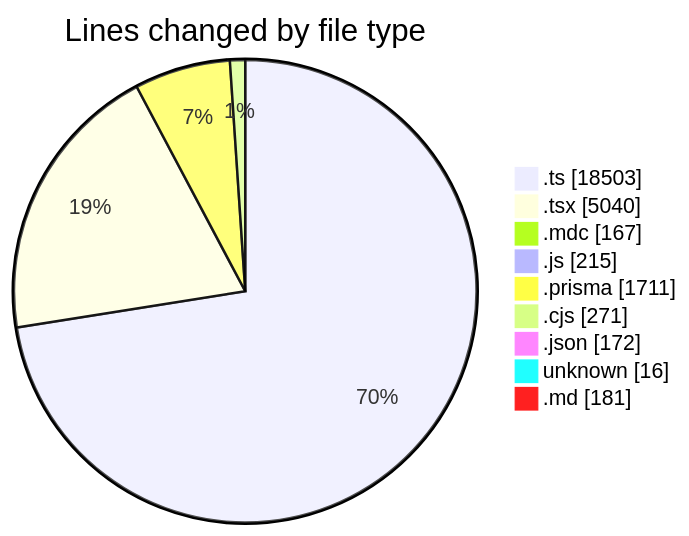
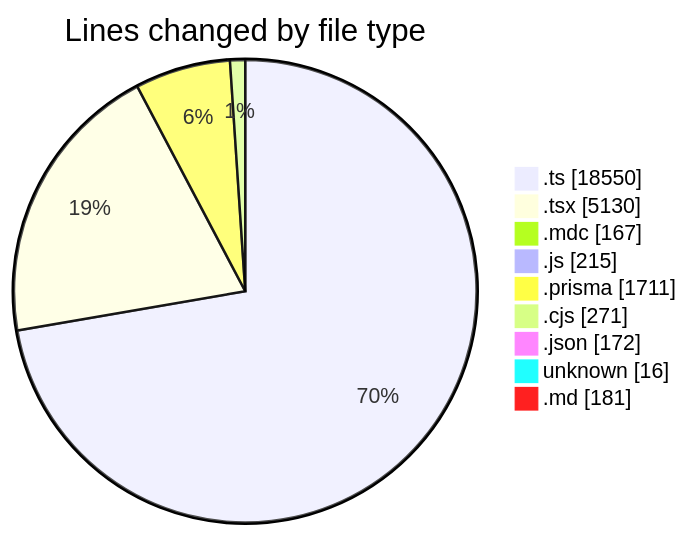
Before and after one commit to CELIANVF/code-tracking: the first of 2 diagrams in 2025-06-06/ecodeli-1/README.md, drawn with Mermaid. The commit also changed other lines of this file and 1 other file, not shown here.

````diff
--- a/2025-06-06/ecodeli-1/README.md
+++ b/2025-06-06/ecodeli-1/README.md
@@ -96,13 +96,13 @@
 ```mermaid
 pie showData
 title Lines changed by file type
-".ts" : 18503
-".tsx" : 5040
+".ts" : 18550
+".tsx" : 5130
 ".mdc" : 167
 ".js" : 215
 ".prisma" : 1711
 ".cjs" : 271
 ".json" : 172
 "unknown" : 16
 ".md" : 181
 ```
````
